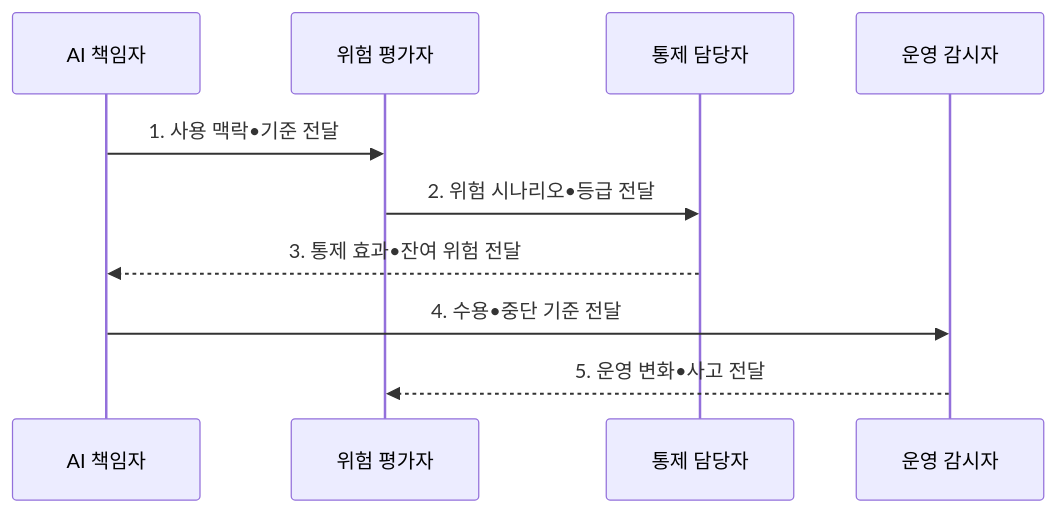
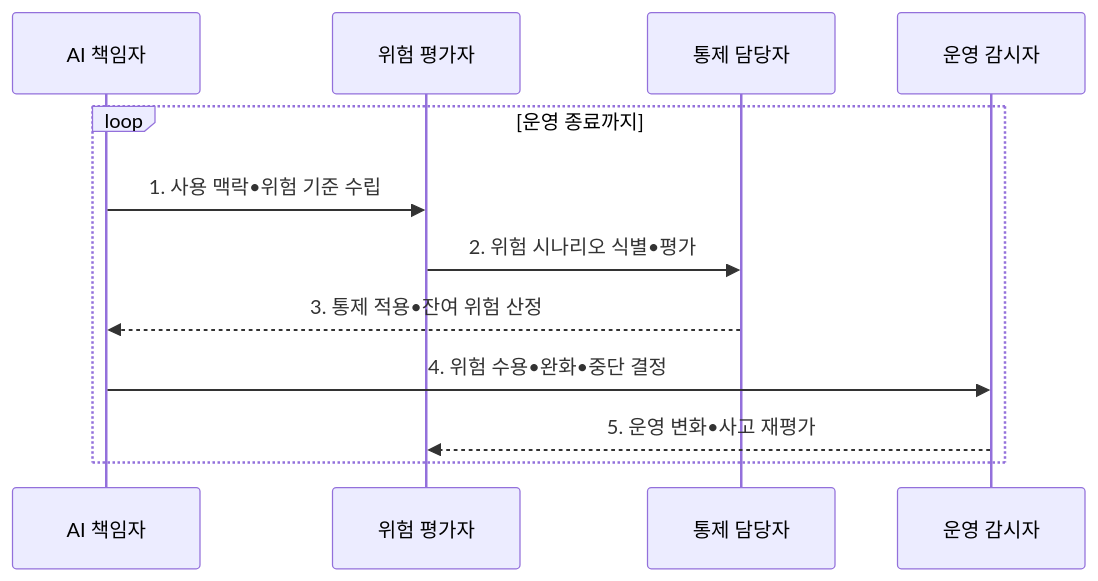
Before and after one commit to agnusdei1207/knowledge-base: the second of 2 diagrams in src/content/docs/notes/08-latest-tech/102_ai_risk_management.md, drawn with Mermaid. The commit also changed other lines of this file and 15 other files, not shown here.

````diff
--- a/src/content/docs/notes/08-latest-tech/102_ai_risk_management.md
+++ b/src/content/docs/notes/08-latest-tech/102_ai_risk_management.md
@@ -105,12 +105,14 @@
 ```mermaid
 sequenceDiagram
     participant O as AI 책임자
     participant R as 위험 평가자
     participant C as 통제 담당자
     participant M as 운영 감시자
-    O->>R: 1. 사용 맥락•기준 전달
-    R->>C: 2. 위험 시나리오•등급 전달
-    C-->>O: 3. 통제 효과•잔여 위험 전달
-    O->>M: 4. 수용•중단 기준 전달
-    M-->>R: 5. 운영 변화•사고 전달
+    loop 운영 종료까지
+        O->>R: 1. 사용 맥락•위험 기준 수립
+        R->>C: 2. 위험 시나리오 식별•평가
+        C-->>O: 3. 통제 적용•잔여 위험 산정
+        O->>M: 4. 위험 수용•완화•중단 결정
+        M-->>R: 5. 운영 변화•사고 재평가
+    end
 ```
````
